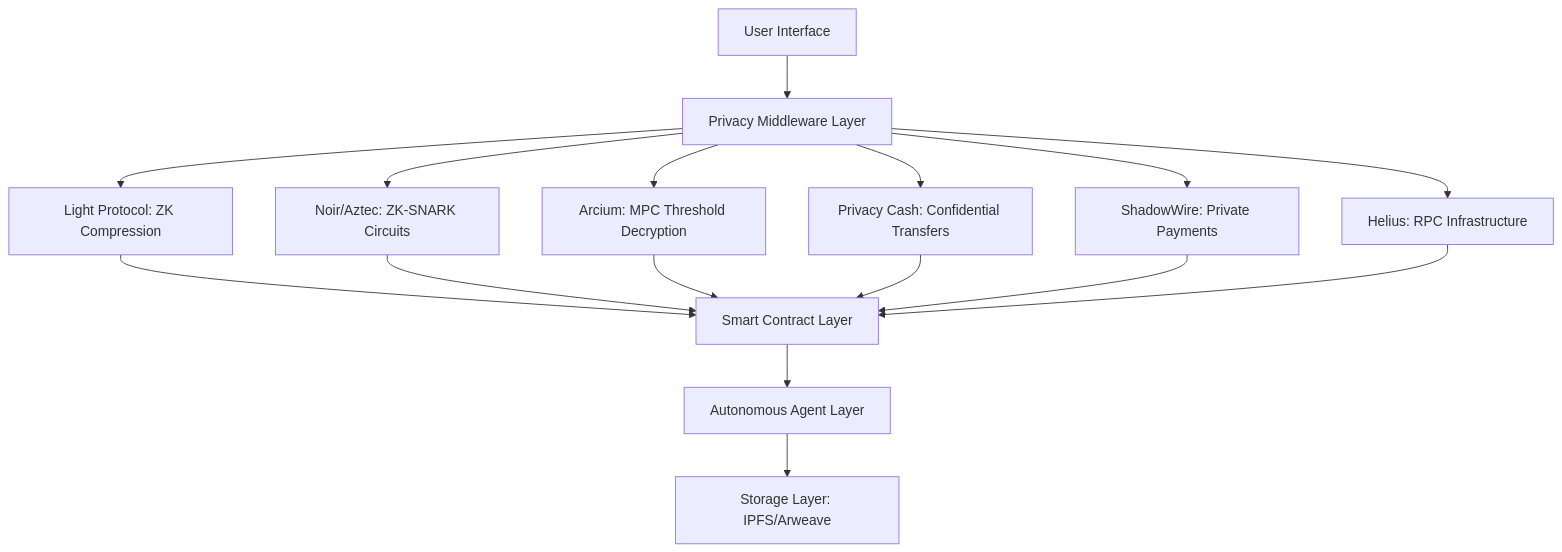
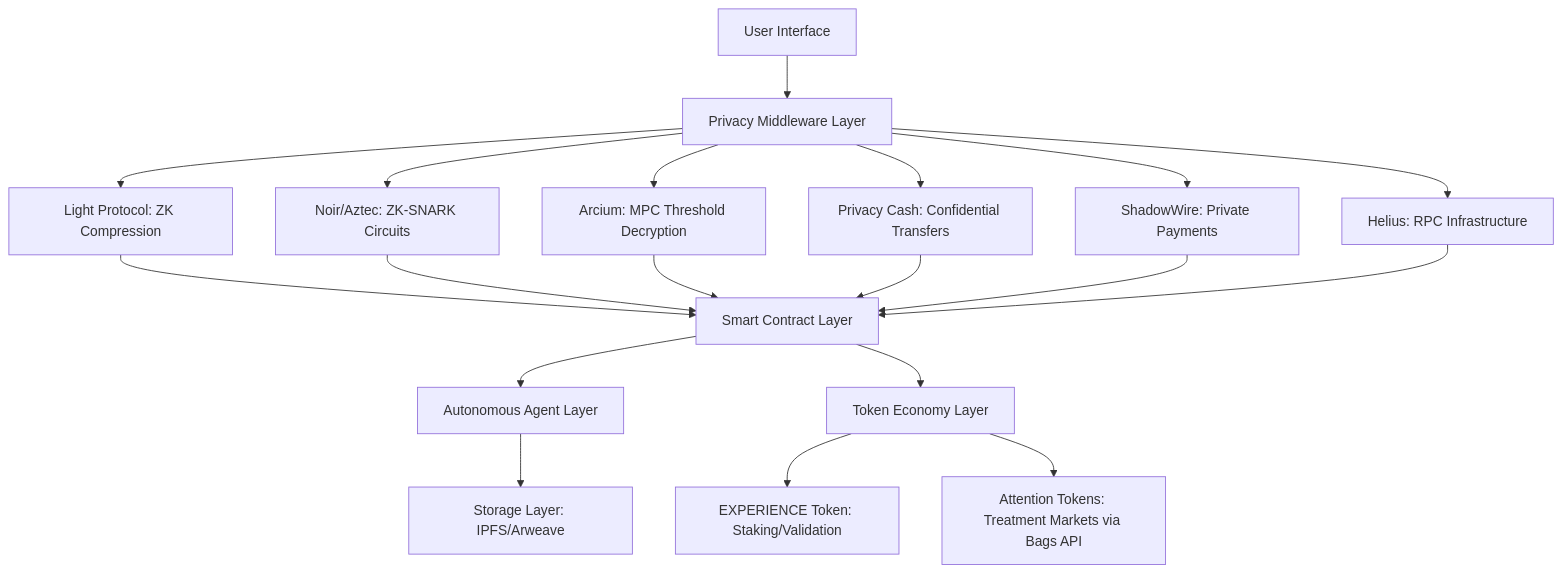
Before and after one commit to thisyearnofear/dallas: the first of 3 diagrams in docs/ARCHITECTURE.md, drawn with Mermaid. The commit also changed other lines of this file and 37 other files, not shown here.

First line of the commit message:
feat: Complete attention token system with real Bags API integration - zero mocks

````diff
--- a/docs/ARCHITECTURE.md
+++ b/docs/ARCHITECTURE.md
@@ -10,18 +15,21 @@
 ```mermaid
 graph TD
     A[User Interface] --> B[Privacy Middleware Layer]
     B --> C[Light Protocol: ZK Compression]
     B --> D[Noir/Aztec: ZK-SNARK Circuits]
     B --> E[Arcium: MPC Threshold Decryption]
     B --> F[Privacy Cash: Confidential Transfers]
     B --> G[ShadowWire: Private Payments]
     B --> H[Helius: RPC Infrastructure]
     C --> I[Smart Contract Layer]
     D --> I
     E --> I
     F --> I
     G --> I
     H --> I
     I --> J[Autonomous Agent Layer]
     J --> K[Storage Layer: IPFS/Arweave]
+    I --> L[Token Economy Layer]
+    L --> M[EXPERIENCE Token: Staking/Validation]
+    L --> N[Attention Tokens: Treatment Markets via Bags API]
 ```
````
